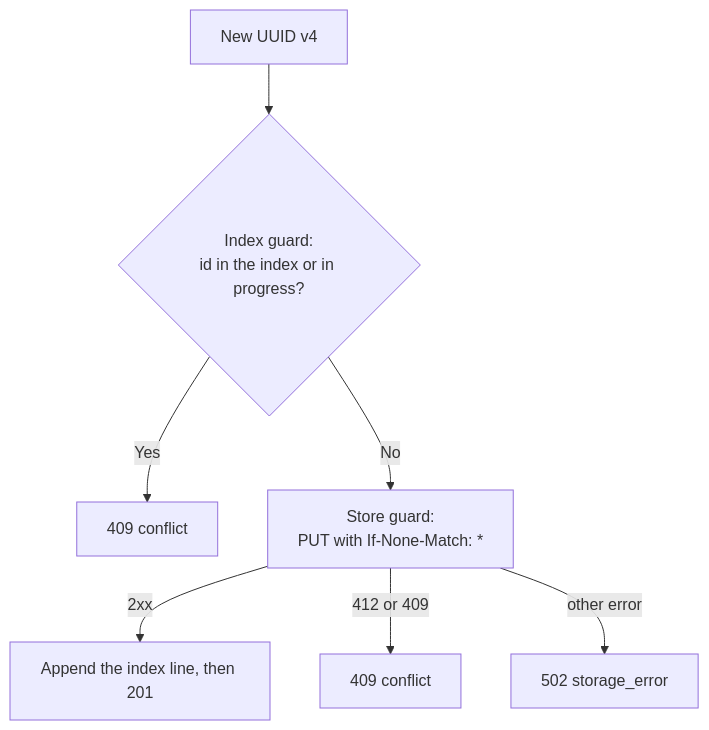
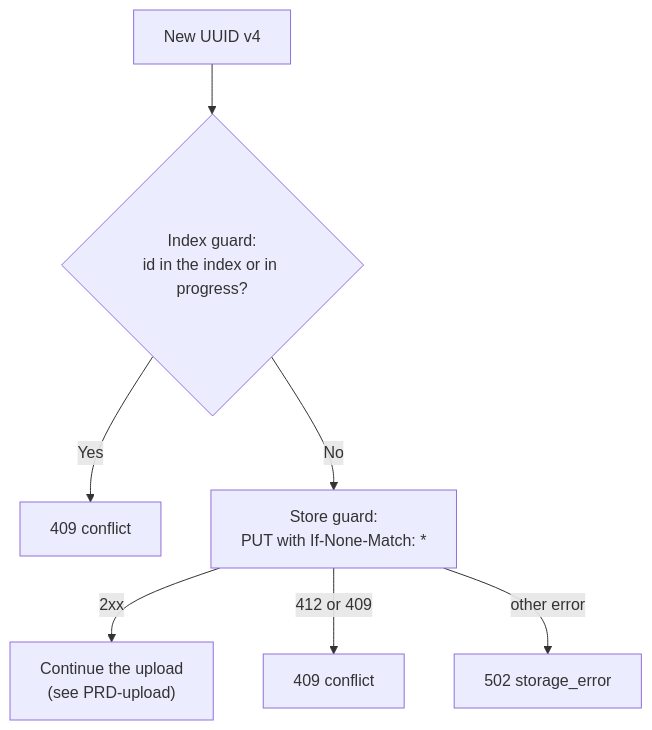
One commit to esukram/fileslop changed the diagram in docs/architecture/ADR-008.md. Above: the diagram before and after it, drawn with Mermaid. The commit also changed 4 other files, not shown here.

First line of the commit message:
docs: apply review findings to diagrams and auth header text

````diff
--- a/docs/architecture/ADR-008.md
+++ b/docs/architecture/ADR-008.md
@@ -26,9 +26,9 @@
 ```mermaid
 flowchart TD
   id[New UUID v4] --> g1{"Index guard:<br/>id in the index or in progress?"}
   g1 -- Yes --> c1[409 conflict]
   g1 -- No --> put["Store guard:<br/>PUT with If-None-Match: *"]
-  put -- "2xx" --> ok[Append the index line, then 201]
+  put -- "2xx" --> ok["Continue the upload<br/>(see PRD-upload)"]
   put -- "412 or 409" --> c2[409 conflict]
   put -- "other error" --> e502[502 storage_error]
 ```
````
